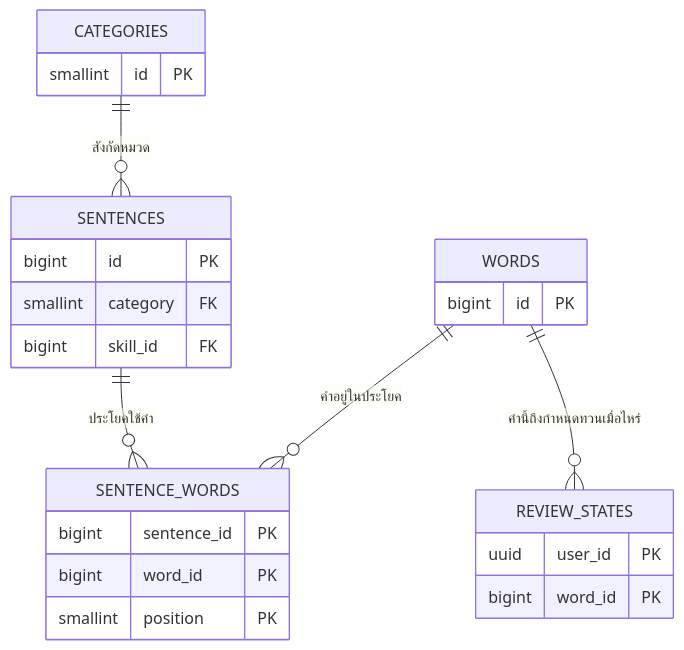
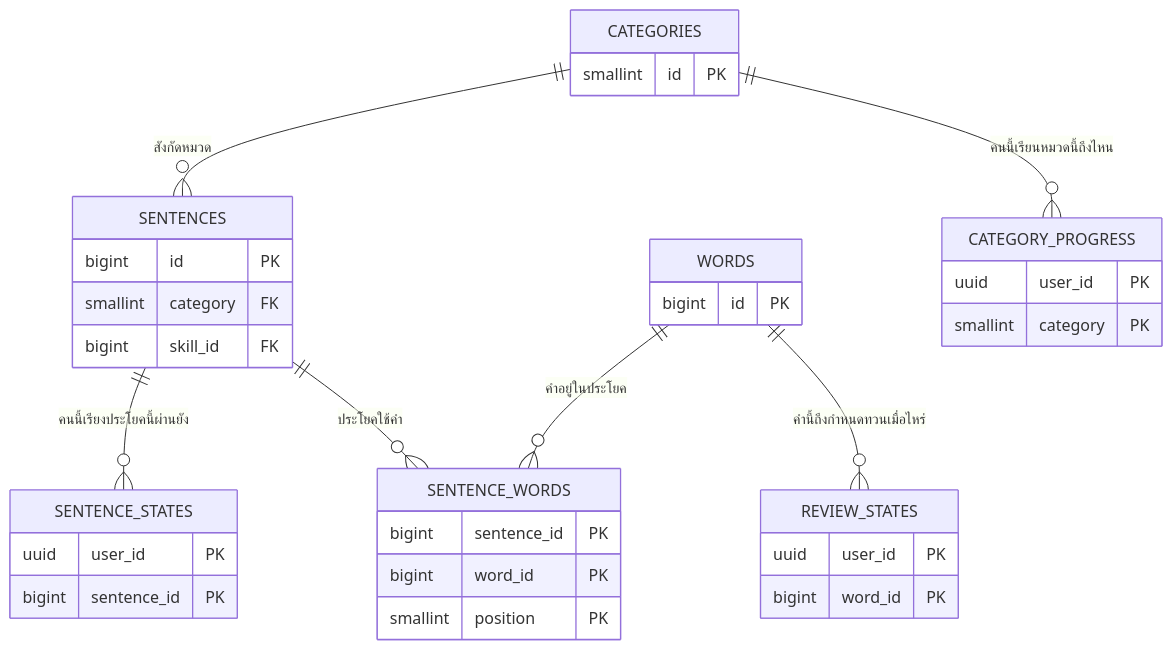
One commit to barbon441/Intelligent-Chinese-Tutoring-System-for-Thai-Learners changed the fifth of 6 diagrams in docs/08_สเปค-พัฒนา/ER-ฉบับย่อ-หัวตารางและคีย์.md. Above: the diagram before and after it, drawn with Mermaid. The commit also changed other lines of this file and 9 other files, not shown here.

````diff
--- a/docs/08_สเปค-พัฒนา/ER-ฉบับย่อ-หัวตารางและคีย์.md
+++ b/docs/08_สเปค-พัฒนา/ER-ฉบับย่อ-หัวตารางและคีย์.md
@@ -180,27 +176,37 @@
 ```mermaid
 erDiagram
     CATEGORIES {
         smallint id PK
     }
     WORDS {
         bigint id PK
     }
     SENTENCES {
         bigint id PK
         smallint category FK
         bigint skill_id FK
     }
     SENTENCE_WORDS {
         bigint sentence_id PK
         bigint word_id PK
         smallint position PK
     }
     REVIEW_STATES {
         uuid user_id PK
         bigint word_id PK
     }
+    CATEGORY_PROGRESS {
+        uuid user_id PK
+        smallint category PK
+    }
+    SENTENCE_STATES {
+        uuid user_id PK
+        bigint sentence_id PK
+    }
     CATEGORIES ||--o{ SENTENCES : "สังกัดหมวด"
+    CATEGORIES ||--o{ CATEGORY_PROGRESS : "คนนี้เรียนหมวดนี้ถึงไหน"
+    SENTENCES ||--o{ SENTENCE_STATES : "คนนี้เรียงประโยคนี้ผ่านยัง"
     SENTENCES ||--o{ SENTENCE_WORDS : "ประโยคใช้คำ"
     WORDS ||--o{ SENTENCE_WORDS : "คำอยู่ในประโยค"
     WORDS ||--o{ REVIEW_STATES : "คำนี้ถึงกำหนดทวนเมื่อไหร่"
 ```
````
